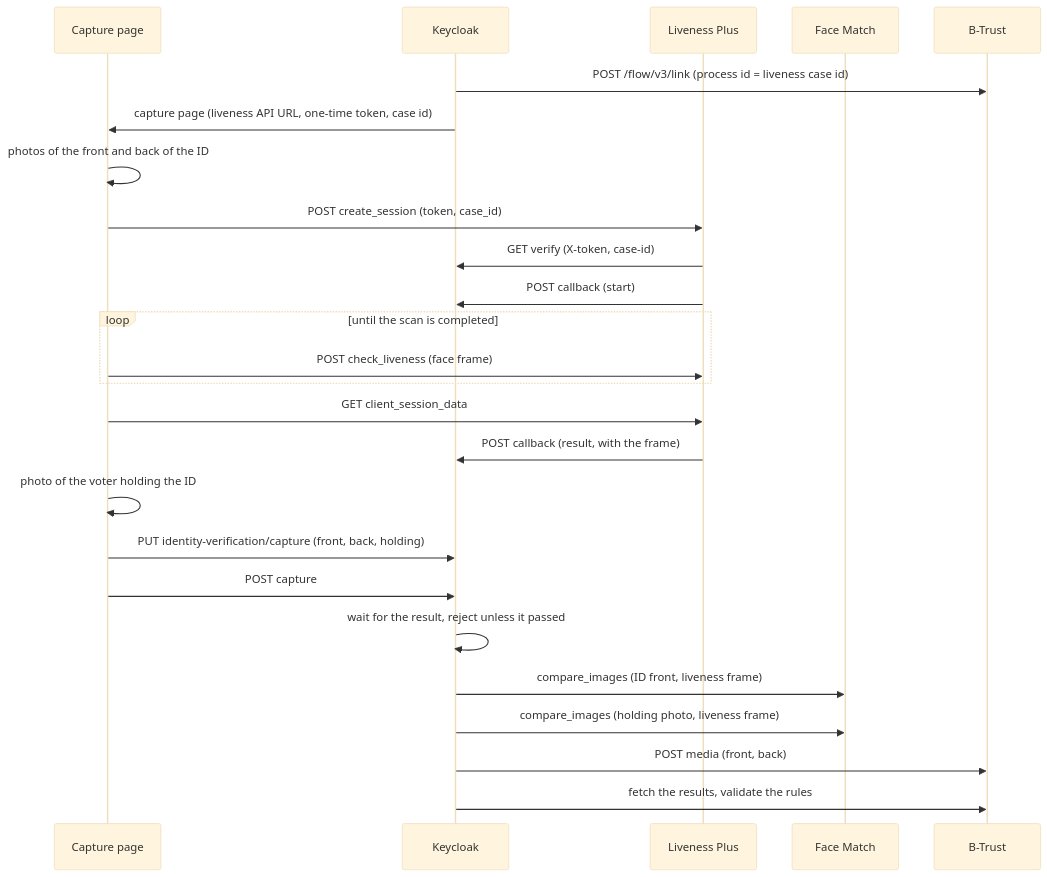
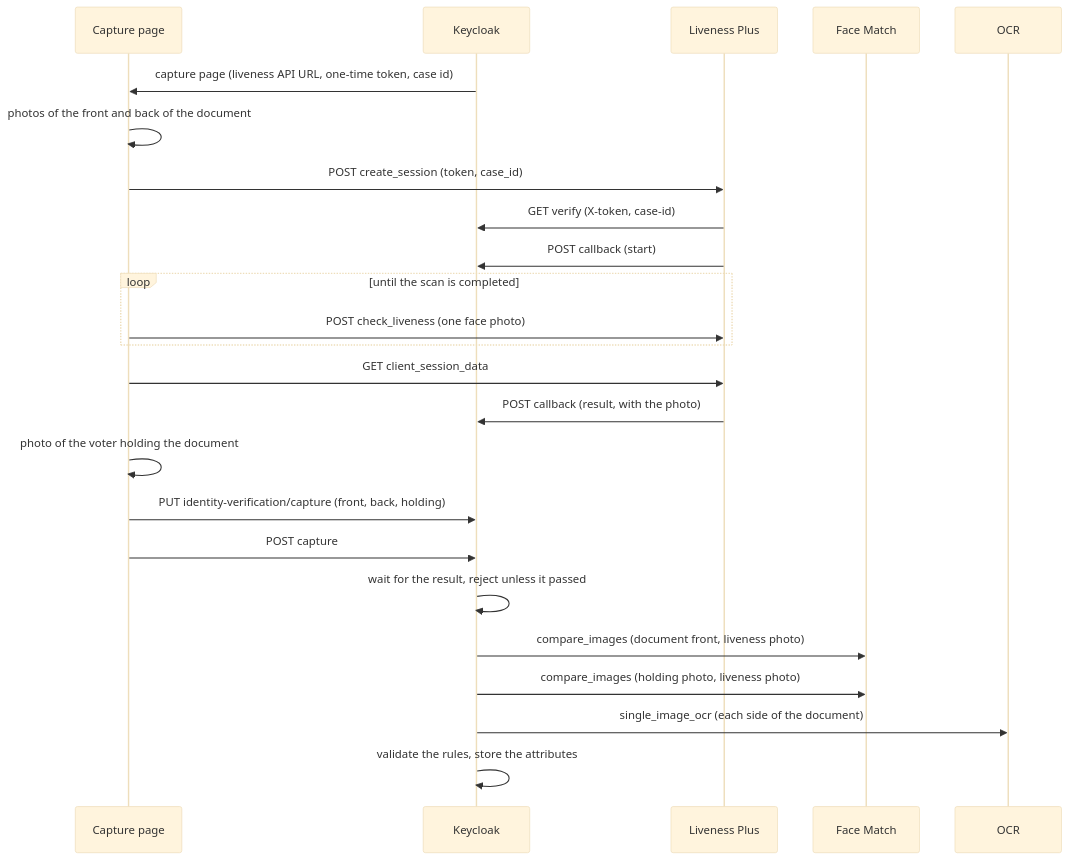
Before and after one commit to sequentech/step: the diagram in docs/docusaurus/docs/integrations/scanovate_on_premise_guide.md, drawn with Mermaid (base theme). The commit also changed other lines of this file and 4 other files, not shown here.

````diff
--- a/docs/docusaurus/docs/integrations/scanovate_on_premise_guide.md
+++ b/docs/docusaurus/docs/integrations/scanovate_on_premise_guide.md
@@ -68,27 +65,26 @@
 ```mermaid
 sequenceDiagram
     participant V as Capture page
     participant K as Keycloak
     participant L as Liveness Plus
     participant F as Face Match
-    participant B as B-Trust
-    K->>B: POST /flow/v3/link (process id = liveness case id)
+    participant O as OCR
     K->>V: capture page (liveness API URL, one-time token, case id)
-    V->>V: photos of the front and back of the ID
+    V->>V: photos of the front and back of the document
     V->>L: POST create_session (token, case_id)
     L->>K: GET verify (X-token, case-id)
     L->>K: POST callback (start)
     loop until the scan is completed
-        V->>L: POST check_liveness (face frame)
+        V->>L: POST check_liveness (one face photo)
     end
     V->>L: GET client_session_data
-    L->>K: POST callback (result, with the frame)
-    V->>V: photo of the voter holding the ID
+    L->>K: POST callback (result, with the photo)
+    V->>V: photo of the voter holding the document
     V->>K: PUT identity-verification/capture (front, back, holding)
     V->>K: POST capture
     K->>K: wait for the result, reject unless it passed
-    K->>F: compare_images (ID front, liveness frame)
-    K->>F: compare_images (holding photo, liveness frame)
-    K->>B: POST media (front, back)
-    K->>B: fetch the results, validate the rules
+    K->>F: compare_images (document front, liveness photo)
+    K->>F: compare_images (holding photo, liveness photo)
+    K->>O: single_image_ocr (each side of the document)
+    K->>K: validate the rules, store the attributes
 ```
````
